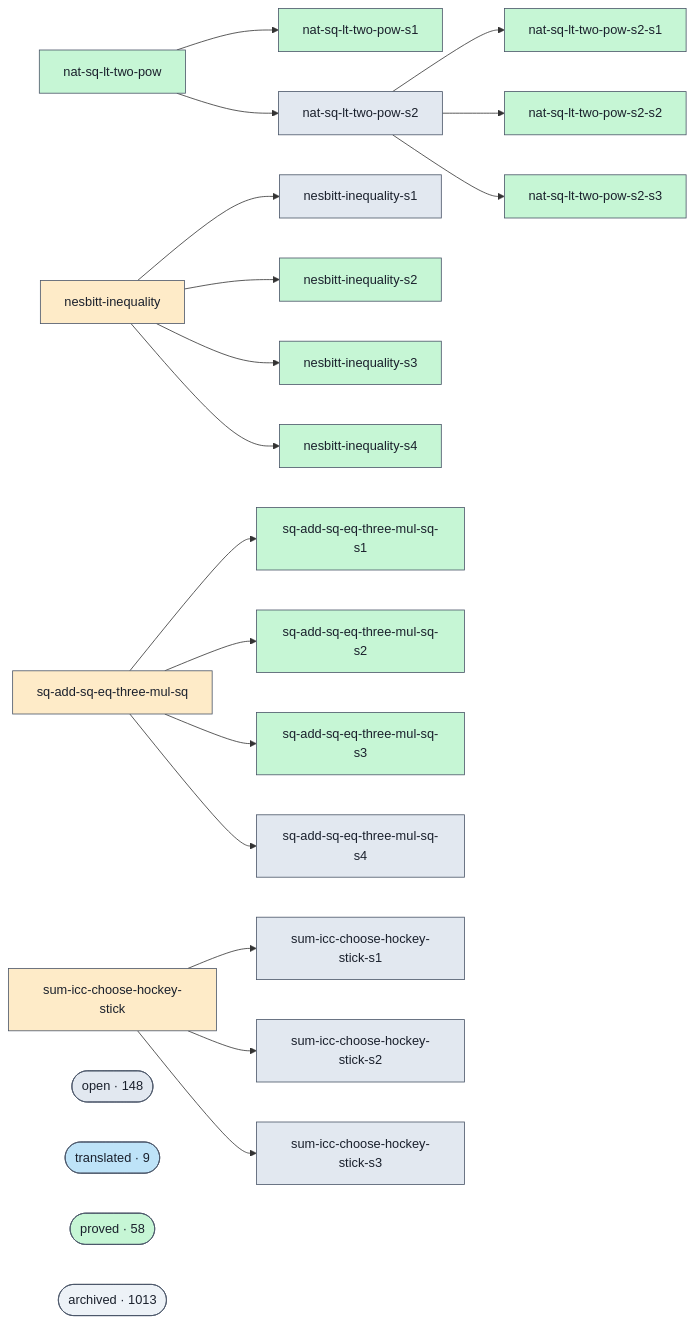
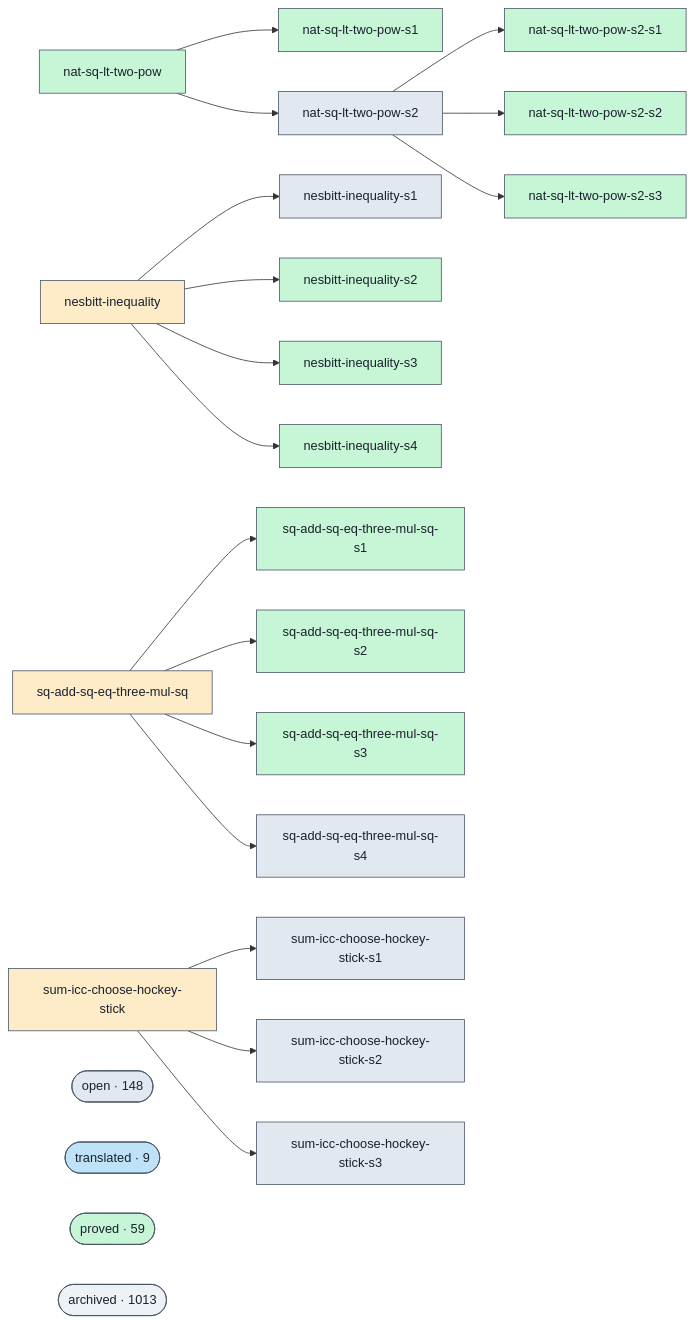
The diagram in docs/proofs-contributors-visualisation.md (ohdearquant/unsorry), drawn with Mermaid before and after one commit. The commit also changed other lines of this file and 2 other files, not shown here.

```diff
--- a/docs/proofs-contributors-visualisation.md
+++ b/docs/proofs-contributors-visualisation.md
@@ -102,7 +102,7 @@
   class cluster_open open;
   cluster_translated(["translated · 9"])
   class cluster_translated translated;
-  cluster_proved(["proved · 58"])
+  cluster_proved(["proved · 59"])
   class cluster_proved proved;
   cluster_archived(["archived · 1013"])
   class cluster_archived unknown;
```
